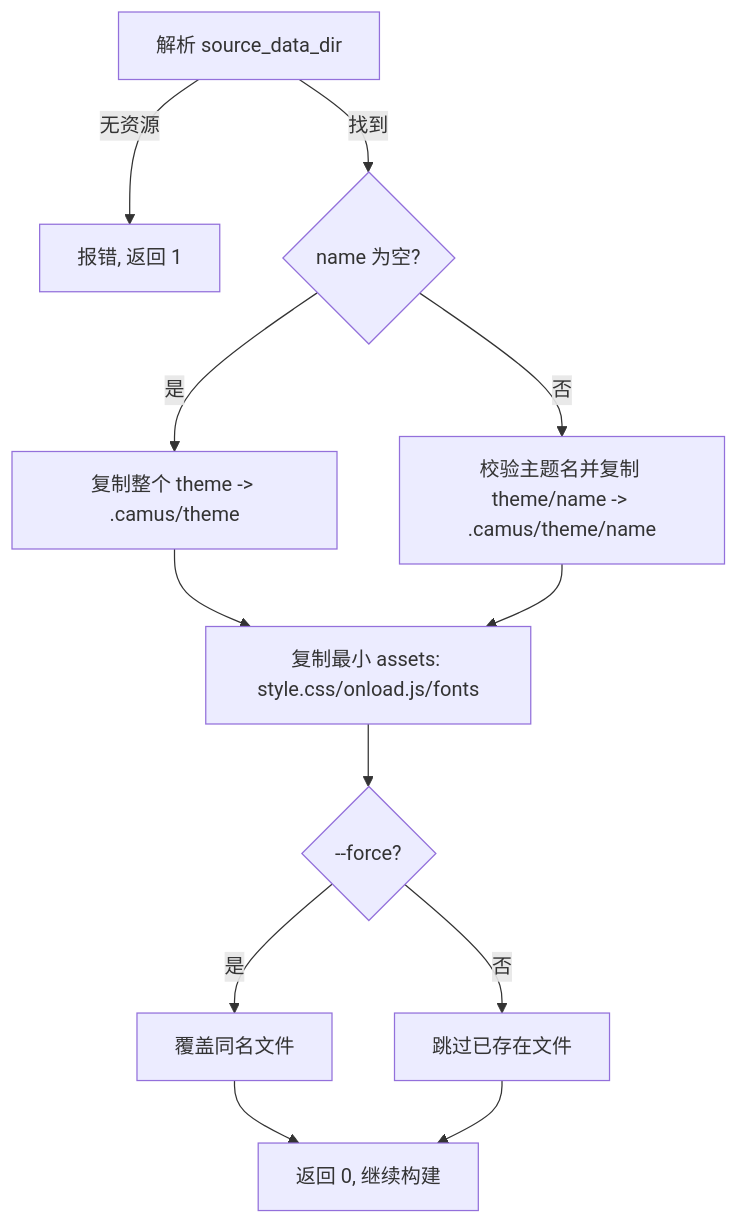
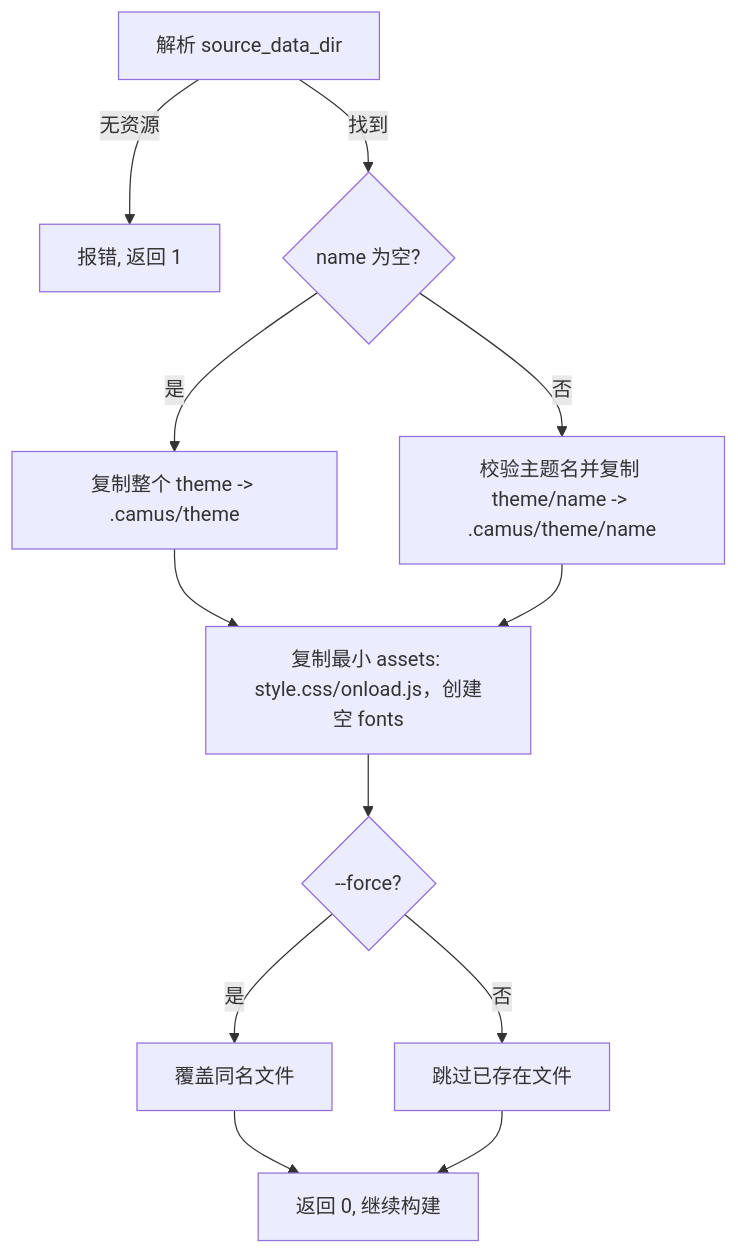
The third of 3 diagrams in docs/prd/08-template-install.md (o8x/camus), drawn with Mermaid before and after one commit. The commit also changed other lines of this file and 4 other files, not shown here.

````diff
--- a/docs/prd/08-template-install.md
+++ b/docs/prd/08-template-install.md
@@ -107,14 +107,14 @@
 ```mermaid
 flowchart TD
     A[解析 source_data_dir] -->|无资源| X[报错, 返回 1]
     A -->|找到| T{name 为空?}
     T -->|是| C[复制整个 theme -> .camus/theme]
     T -->|否| O[校验主题名并复制 theme/name -> .camus/theme/name]
-    C --> AS[复制最小 assets: style.css/onload.js/fonts]
+    C --> AS[复制最小 assets: style.css/onload.js，创建空 fonts]
     O --> AS
     AS --> S{--force?}
     S -->|是| W[覆盖同名文件]
     S -->|否| K[跳过已存在文件]
     W --> OK[返回 0, 继续构建]
     K --> OK
 ```
````
